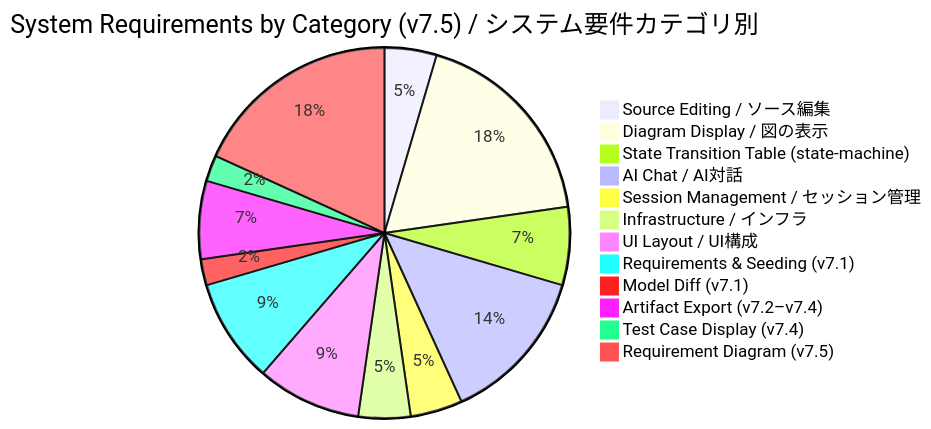
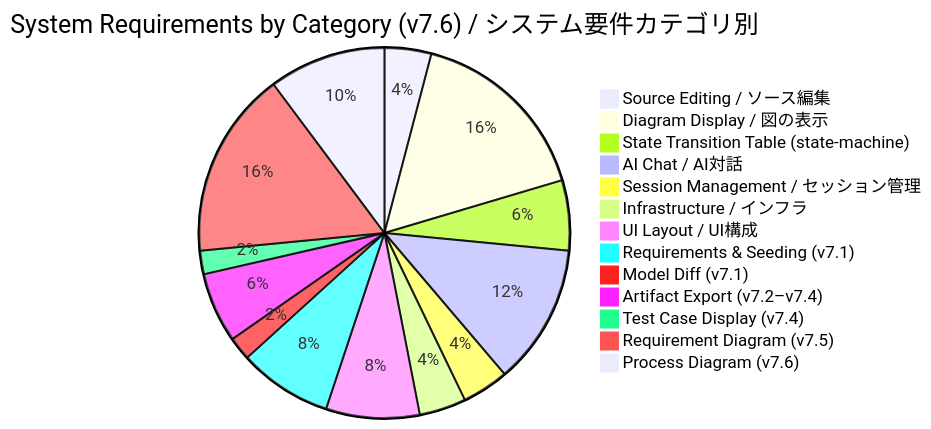
Before and after one commit to sho1884/ModelLogue: the second of 2 diagrams in Doc/Traceability.md, drawn with Mermaid. The commit also changed other lines of this file and 4 other files, not shown here.

````diff
--- a/Doc/Traceability.md
+++ b/Doc/Traceability.md
@@ -266,15 +292,16 @@
 ```mermaid
-pie title System Requirements by Category (v7.5) / システム要件カテゴリ別
+pie title System Requirements by Category (v7.6) / システム要件カテゴリ別
     "Source Editing / ソース編集" : 2
     "Diagram Display / 図の表示" : 8
     "State Transition Table (state-machine)" : 3
     "AI Chat / AI対話" : 6
     "Session Management / セッション管理" : 2
     "Infrastructure / インフラ" : 2
     "UI Layout / UI構成" : 4
     "Requirements & Seeding (v7.1)" : 4
     "Model Diff (v7.1)" : 1
     "Artifact Export (v7.2–v7.4)" : 3
     "Test Case Display (v7.4)" : 1
     "Requirement Diagram (v7.5)" : 8
+    "Process Diagram (v7.6)" : 5
 ```
````
